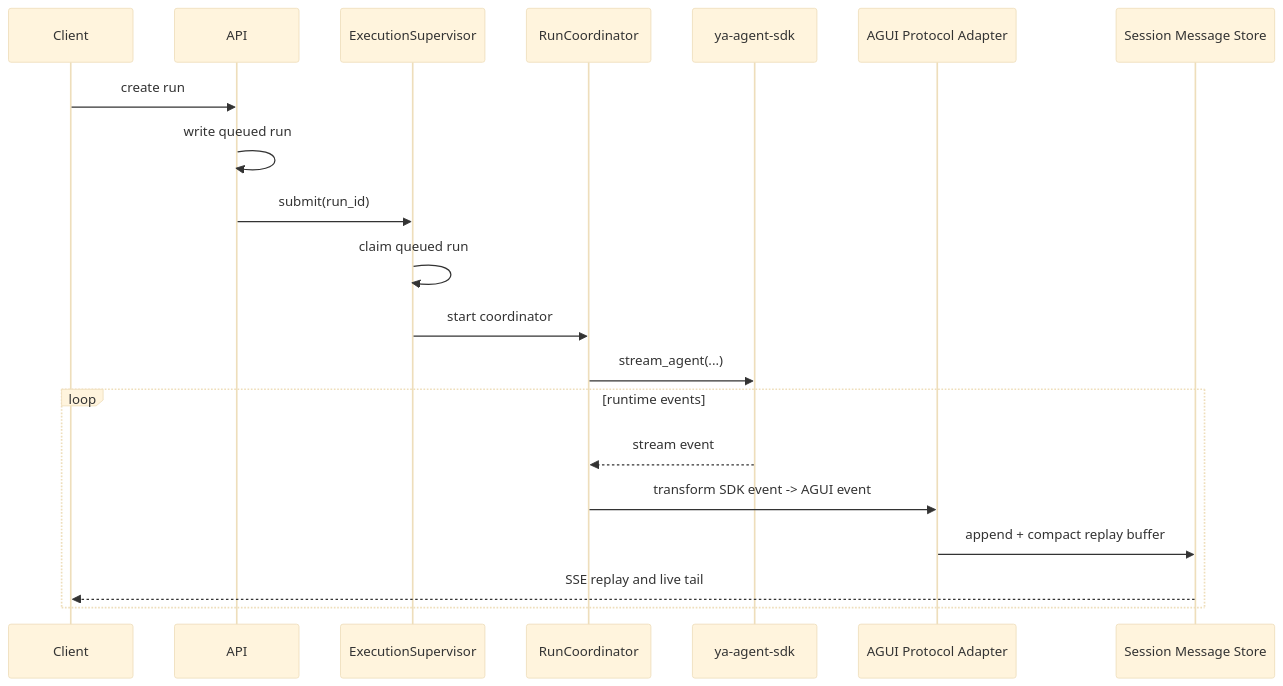
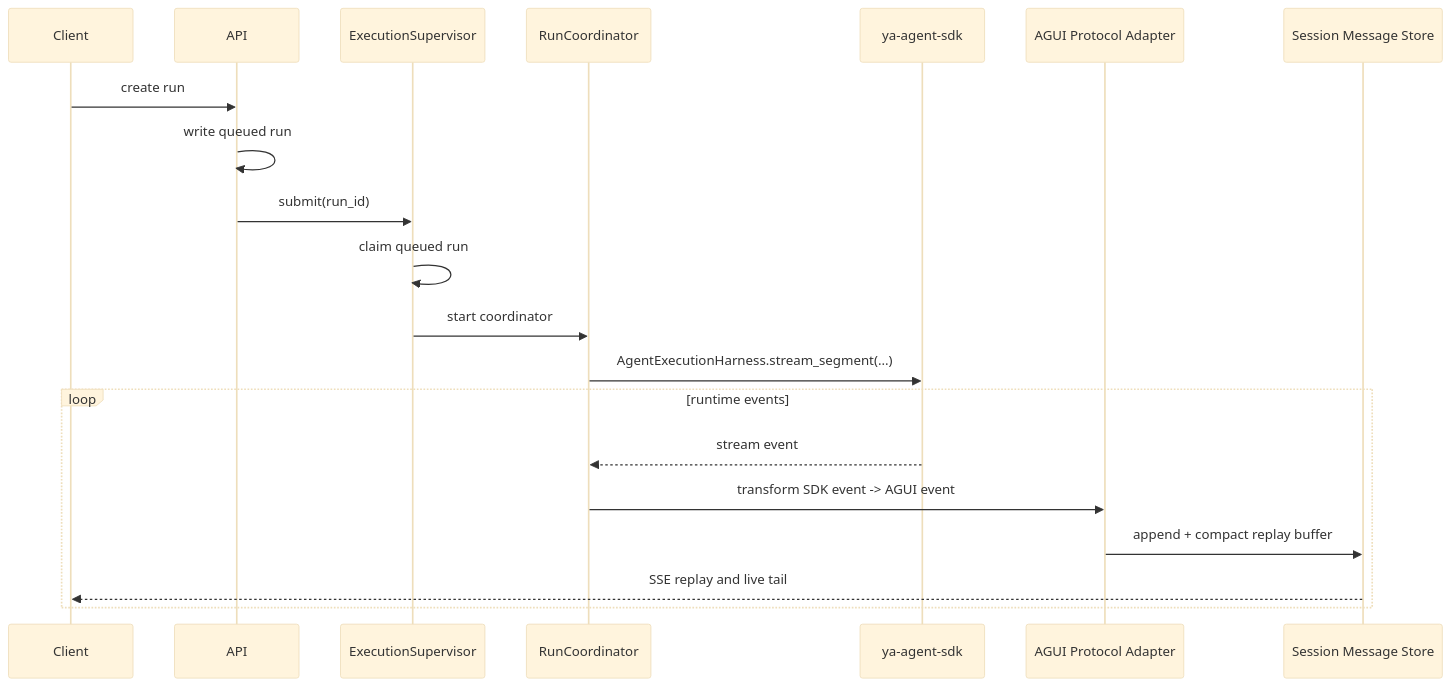
Before and after one commit to Wh1isper/ya-agent-sdk: the third of 3 diagrams in packages/ya-claw/spec/02-execution-and-session.md, drawn with Mermaid (base theme). The commit also changed other lines of this file and 446 other files, not shown here.

````diff
--- a/packages/ya-claw/spec/02-execution-and-session.md
+++ b/packages/ya-claw/spec/02-execution-and-session.md
@@ -205,23 +213,23 @@
 ```mermaid
 sequenceDiagram
     participant Client
     participant API
     participant SUP as ExecutionSupervisor
     participant COORD as RunCoordinator
     participant SDK as ya-agent-sdk
     participant ADAPTER as AGUI Protocol Adapter
     participant STORE as Session Message Store
 
     Client->>API: create run
     API->>API: write queued run
     API->>SUP: submit(run_id)
     SUP->>SUP: claim queued run
     SUP->>COORD: start coordinator
-    COORD->>SDK: stream_agent(...)
+    COORD->>SDK: AgentExecutionHarness.stream_segment(...)
     loop runtime events
         SDK-->>COORD: stream event
         COORD->>ADAPTER: transform SDK event -> AGUI event
         ADAPTER->>STORE: append + compact replay buffer
         STORE-->>Client: SSE replay and live tail
     end
 ```
````
